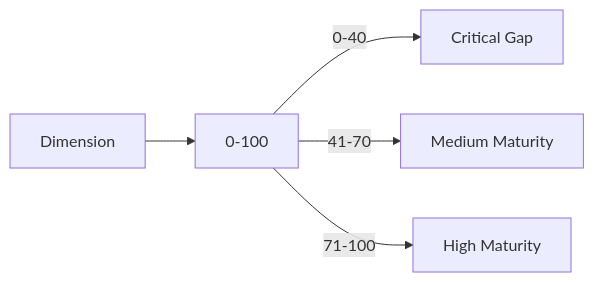
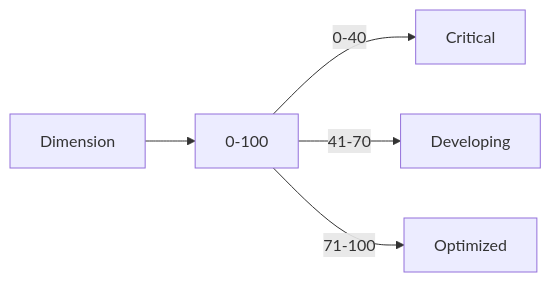
Before and after one commit to Devopstrio/identity-security-scorecard: diagram 13 of 30 in README.md, drawn with Mermaid. The commit also changed other lines of this file, not shown here.

Commit message:
docs: finalize premium institutional-grade README with 30+ diagrams and executive summary

````diff
--- a/README.md
+++ b/README.md
@@ -208,7 +207,7 @@
 ```mermaid
 graph LR
     Dim[Dimension] --> Score[0-100]
-    Score -->|0-40| Red[Critical Gap]
-    Score -->|41-70| Amb[Medium Maturity]
-    Score -->|71-100| Grn[High Maturity]
+    Score -->|0-40| Red[Critical]
+    Score -->|41-70| Amb[Developing]
+    Score -->|71-100| Grn[Optimized]
 ```
````
